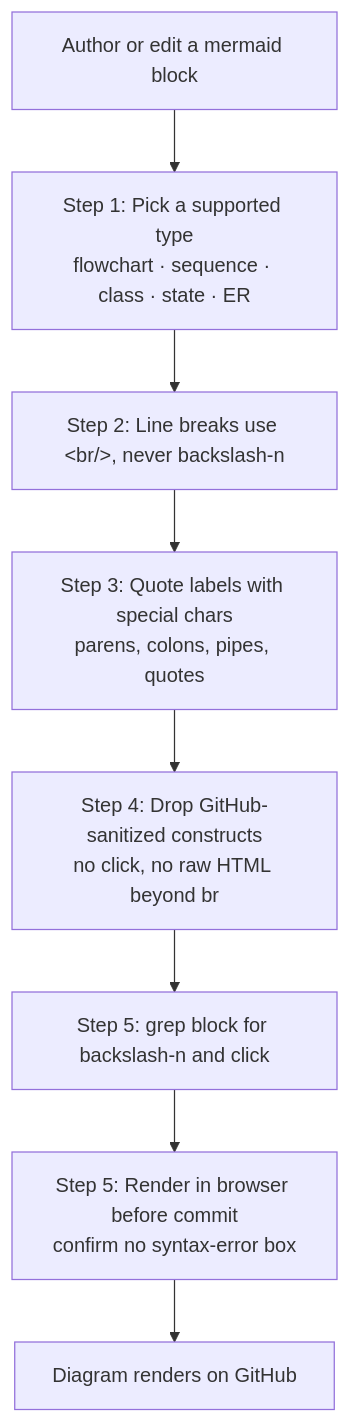
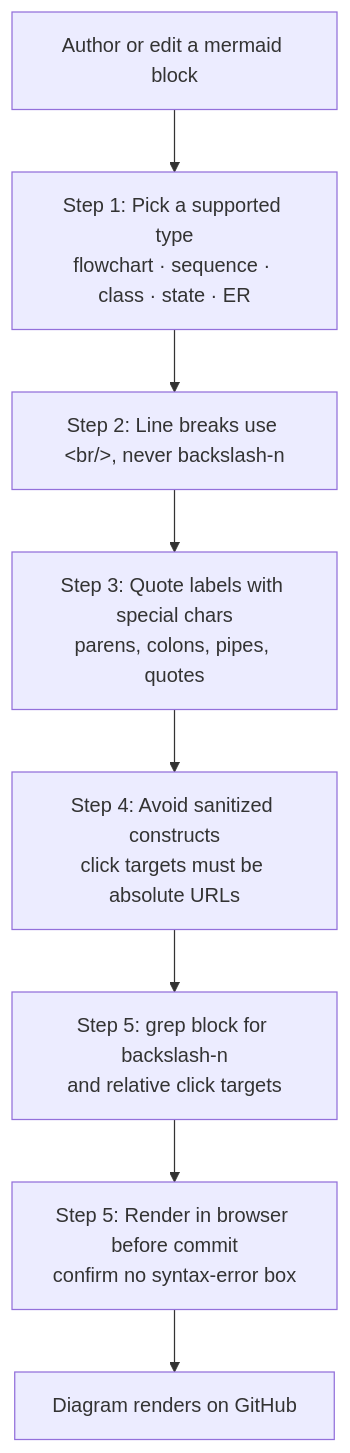
Before and after one commit to whizzzkid/skills: the diagram in skills/mermaid/README.md, drawn with Mermaid. The commit also changed other lines of this file and 2 other files, not shown here.

First line of the commit message:
feat(skills): 🦾 sharpen wk-mermaid — click targets must be absolute URLs

````diff
--- a/skills/mermaid/README.md
+++ b/skills/mermaid/README.md
@@ -16,10 +16,10 @@
 ```mermaid
 flowchart TD
     A["Author or edit a mermaid block"] --> B["Step 1: Pick a supported type<br/>flowchart · sequence · class · state · ER"]
     B --> C["Step 2: Line breaks use &lt;br/&gt;, never backslash-n"]
     C --> D["Step 3: Quote labels with special chars<br/>parens, colons, pipes, quotes"]
-    D --> E["Step 4: Drop GitHub-sanitized constructs<br/>no click, no raw HTML beyond br"]
-    E --> H["Step 5: grep block for backslash-n and click"]
+    D --> E["Step 4: Avoid sanitized constructs<br/>click targets must be absolute URLs"]
+    E --> H["Step 5: grep block for backslash-n<br/>and relative click targets"]
     H --> G["Step 5: Render in browser before commit<br/>confirm no syntax-error box"]
     G --> I["Diagram renders on GitHub"]
 ```
````
